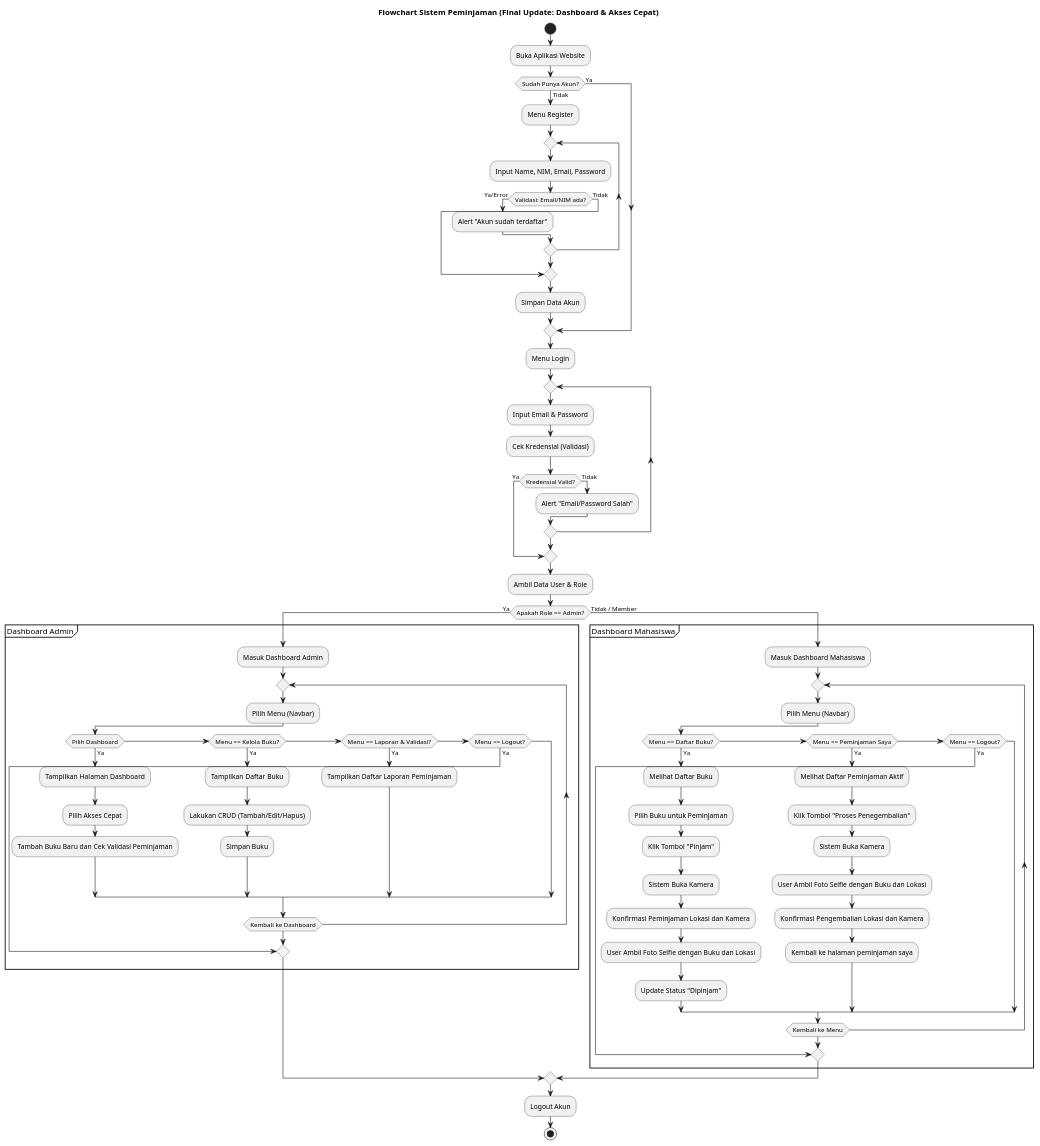
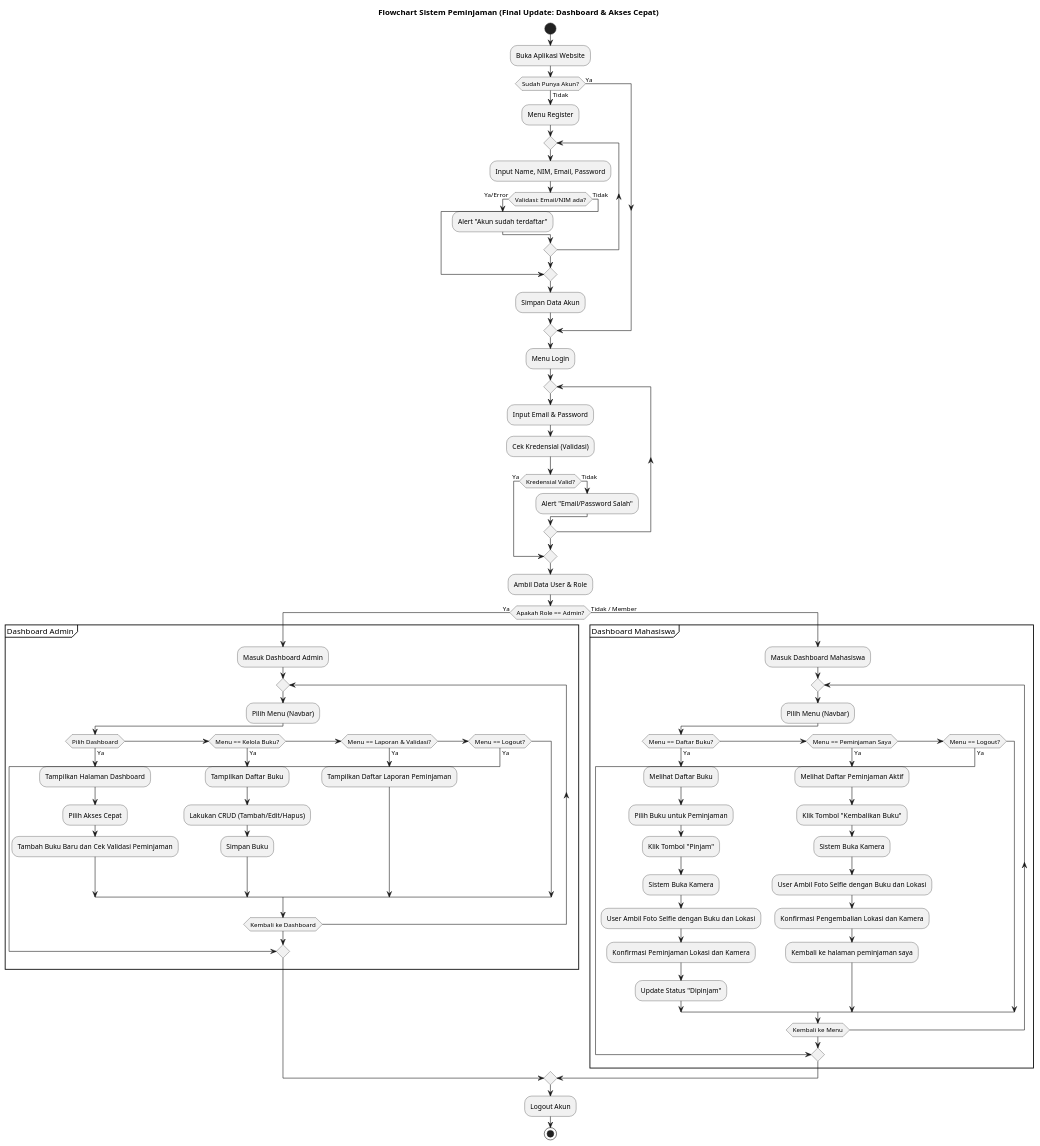
Before and after one commit to A-PPAW-TI503P-2025/PROJECT_KELOMPOK2_LOKASI-KAMERA: the diagram in uml/flowchart.puml, drawn with PlantUML.

Commit message:
flowchart fix bgt

```diff
--- a/uml/flowchart.puml
+++ b/uml/flowchart.puml
@@ -1,104 +1,104 @@
 @startuml
 
 title Flowchart Sistem Peminjaman (Final Update: Dashboard & Akses Cepat)
 
 start
 
 :Buka Aplikasi Website;
 
 '--- ALUR REGISTER ---
 if (Sudah Punya Akun?) then (Tidak)
   :Menu Register;
   repeat
     :Input Name, NIM, Email, Password;
     if (Validasi: Email/NIM ada?) then (Ya/Error)
       :Alert "Akun sudah terdaftar";
     else (Tidak)
       break
     endif
   repeat while
   :Simpan Data Akun;
 else (Ya)
 endif
 
 '--- ALUR LOGIN ---
 :Menu Login;
 repeat
   :Input Email & Password;
   :Cek Kredensial (Validasi);
   if (Kredensial Valid?) then (Ya)
     break
   else (Tidak)
     :Alert "Email/Password Salah";
   endif
 repeat while
 
 :Ambil Data User & Role;
 
 '--- PERCABANGAN ROLE ---
 if (Apakah Role == Admin?) then (Ya)
   
   '=== DASHBOARD ADMIN ===
   partition "Dashboard Admin" {
     :Masuk Dashboard Admin;
     repeat
       :Pilih Menu (Navbar);
       
       if (Pilih Dashboard) then (Ya)
         :Tampilkan Halaman Dashboard;
         :Pilih Akses Cepat;
         :Tambah Buku Baru dan Cek Validasi Peminjaman;
 
       elseif (Menu == Kelola Buku?) then (Ya)
         :Tampilkan Daftar Buku;
         :Lakukan CRUD (Tambah/Edit/Hapus);
         :Simpan Buku;
       
       elseif (Menu == Laporan & Validasi?) then (Ya)
         :Tampilkan Daftar Laporan Peminjaman;
         
       elseif (Menu == Logout?) then (Ya)
         break
       endif
     repeat while (Kembali ke Dashboard)
   }
 
 else (Tidak / Member)
 
   '=== DASHBOARD MAHASISWA ===
   partition "Dashboard Mahasiswa" {
     :Masuk Dashboard Mahasiswa;
     repeat
       :Pilih Menu (Navbar);
       
       if (Menu == Daftar Buku?) then (Ya)
         :Melihat Daftar Buku;
         :Pilih Buku untuk Peminjaman;
         :Klik Tombol "Pinjam";
         :Sistem Buka Kamera;
+        :User Ambil Foto Selfie dengan Buku dan Lokasi;
         :Konfirmasi Peminjaman Lokasi dan Kamera;
-        :User Ambil Foto Selfie dengan Buku dan Lokasi;
         :Update Status "Dipinjam";
 
       elseif (Menu == Peminjaman Saya) then (Ya)
         :Melihat Daftar Peminjaman Aktif;
-        :Klik Tombol "Proses Penegembalian";
+        :Klik Tombol "Kembalikan Buku";
         :Sistem Buka Kamera;
         :User Ambil Foto Selfie dengan Buku dan Lokasi;
         :Konfirmasi Pengembalian Lokasi dan Kamera;
         :Kembali ke halaman peminjaman saya;
       
       elseif (Menu == Logout?) then (Ya)
         break
       endif
       
     repeat while (Kembali ke Menu)
   }
 
 endif
 
 '--- ENDING ---
 :Logout Akun;
 stop
 
 @enduml
```
